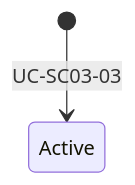
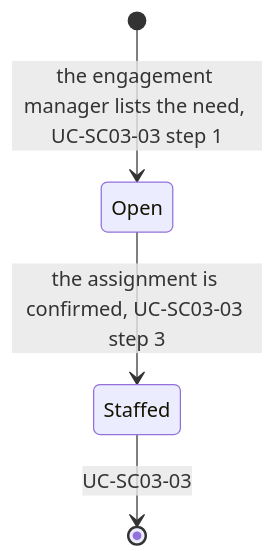
Before and after one commit to gpbcom/SimpleERP: the second of 2 diagrams in docs/specs/08-sectors/sc03-services/data/e-sc03-16-staffing-need.md, drawn with Mermaid. The commit also changed other lines of this file and 8816 other files, not shown here.

````diff
--- a/docs/specs/08-sectors/sc03-services/data/e-sc03-16-staffing-need.md
+++ b/docs/specs/08-sectors/sc03-services/data/e-sc03-16-staffing-need.md
@@ -25,4 +57,6 @@
 ```mermaid
 stateDiagram-v2
-  [*] --> Active : UC-SC03-03
+  [*] --> Open : the engagement manager lists the need, UC-SC03-03 step 1
+  Open --> Staffed : the assignment is confirmed, UC-SC03-03 step 3
+  Staffed --> [*] : UC-SC03-03
 ```
````
